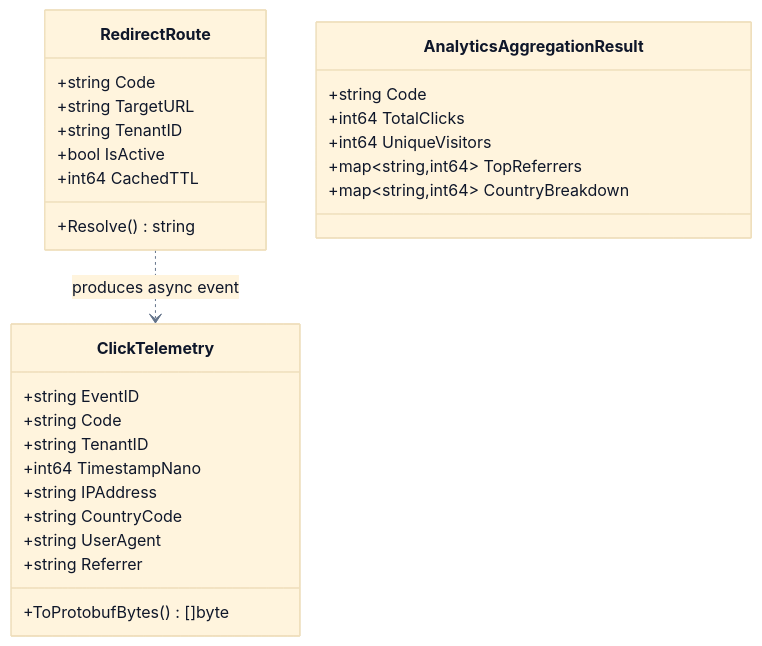
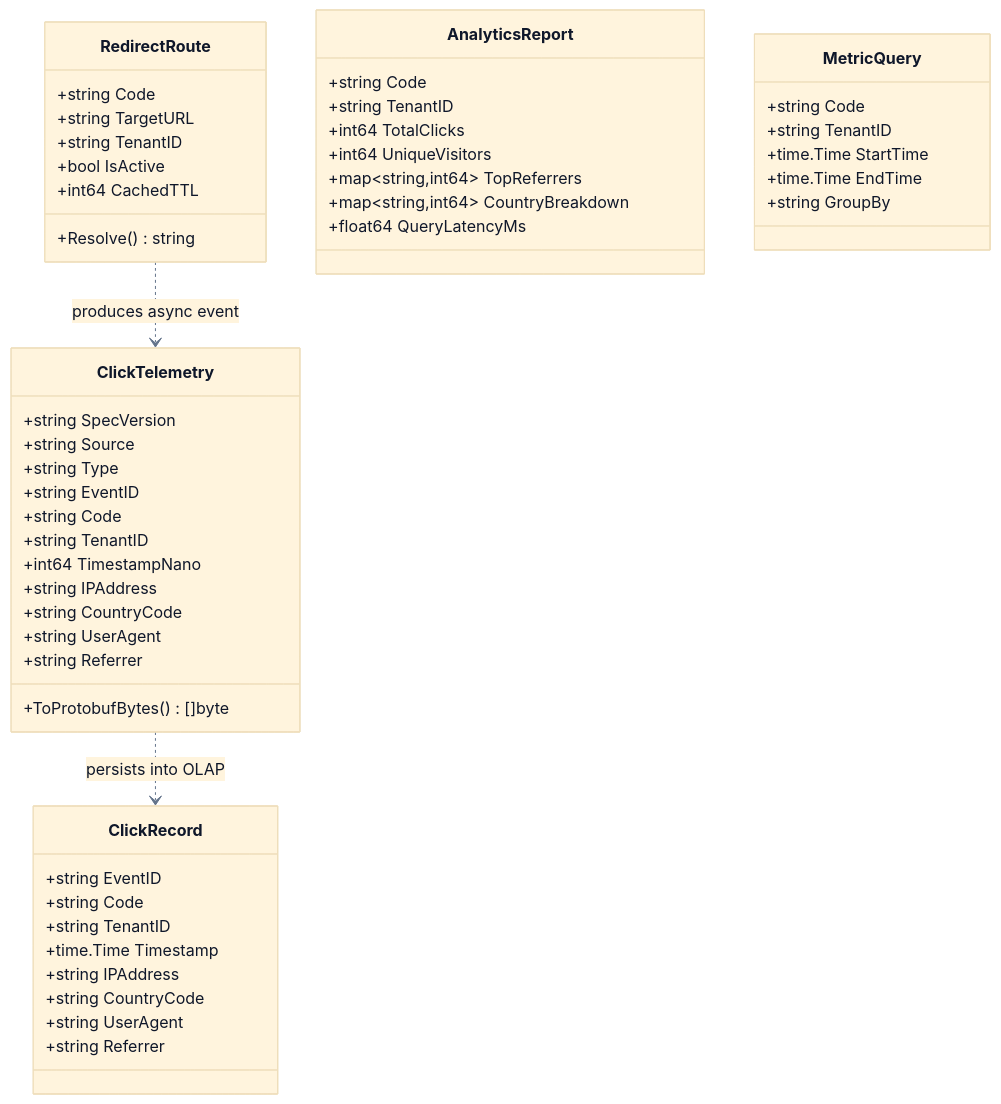
One commit to seismael/GenOps changed the diagram in examples/url-shortener-cluster/docs/lld/LLD-001-krypton-cluster.md. Above: the diagram before and after it, drawn with Mermaid. The commit also changed other lines of this file and 290 other files, not shown here.

````diff
--- a/examples/url-shortener-cluster/docs/lld/LLD-001-krypton-cluster.md
+++ b/examples/url-shortener-cluster/docs/lld/LLD-001-krypton-cluster.md
@@ -16,34 +18,59 @@
 ```mermaid
 %%{init: {'theme': 'base', 'themeVariables': { 'fontFamily': 'Inter, system-ui, sans-serif', 'lineColor': '#64748b', 'primaryTextColor': '#0f172a' }}}%%
 classDiagram
     class RedirectRoute {
         +string Code
         +string TargetURL
         +string TenantID
         +bool IsActive
         +int64 CachedTTL
         +Resolve() string
     }
 
     class ClickTelemetry {
+        +string SpecVersion
+        +string Source
+        +string Type
         +string EventID
         +string Code
         +string TenantID
         +int64 TimestampNano
         +string IPAddress
         +string CountryCode
         +string UserAgent
         +string Referrer
         +ToProtobufBytes() []byte
     }
 
-    class AnalyticsAggregationResult {
+    class AnalyticsReport {
         +string Code
+        +string TenantID
         +int64 TotalClicks
         +int64 UniqueVisitors
         +map~string,int64~ TopReferrers
         +map~string,int64~ CountryBreakdown
+        +float64 QueryLatencyMs
+    }
+
+    class MetricQuery {
+        +string Code
+        +string TenantID
+        +time.Time StartTime
+        +time.Time EndTime
+        +string GroupBy
+    }
+
+    class ClickRecord {
+        +string EventID
+        +string Code
+        +string TenantID
+        +time.Time Timestamp
+        +string IPAddress
+        +string CountryCode
+        +string UserAgent
+        +string Referrer
     }
 
     RedirectRoute ..> ClickTelemetry : produces async event
+    ClickTelemetry ..> ClickRecord : persists into OLAP
 ```
````
